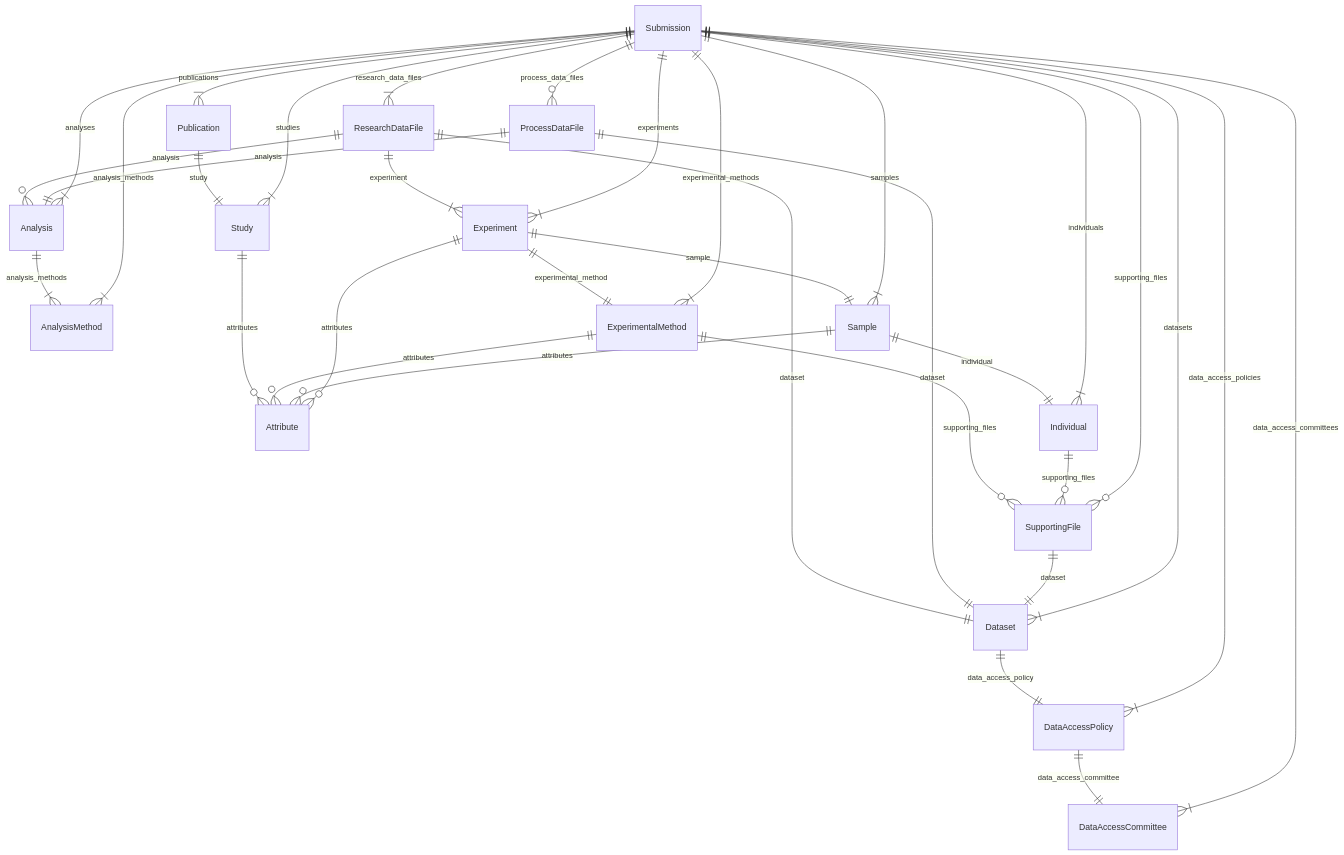
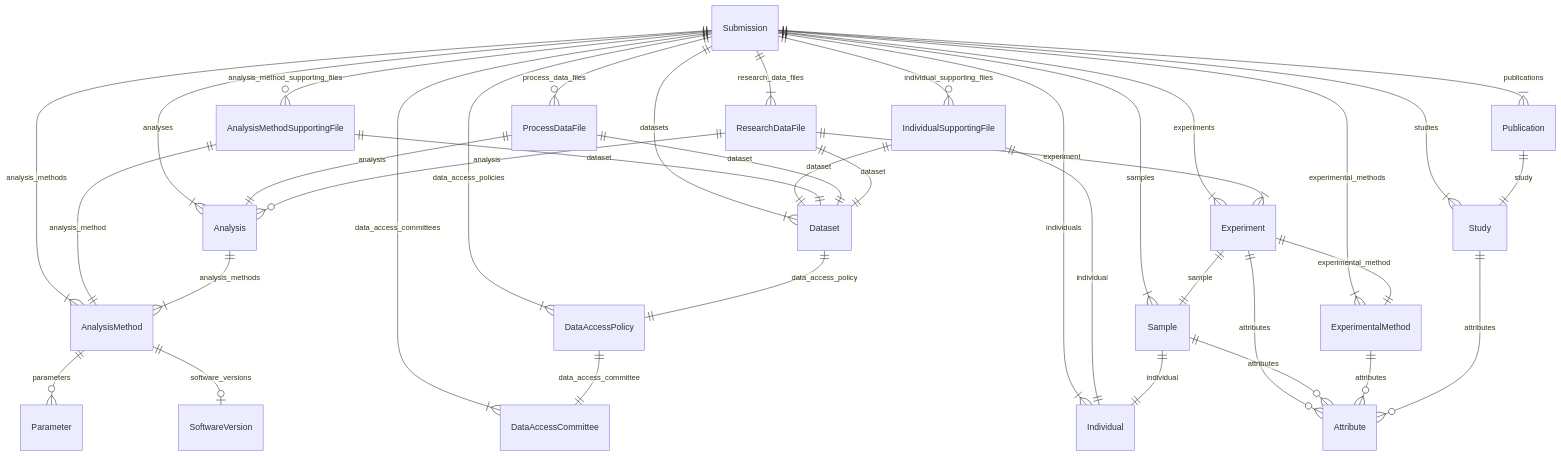
The first of 5 diagrams in docs/entity_relations.md (ghga-de/ghga-metadata-schema), drawn with Mermaid before and after one commit. The commit also changed other lines of this file and 88 other files, not shown here.

```diff
--- a/docs/entity_relations.md
+++ b/docs/entity_relations.md
@@ -9,7 +9,7 @@
 Submission {
 
 }
-SupportingFile {
+IndividualSupportingFile {
 
 }
 Dataset {
@@ -21,13 +21,25 @@
 DataAccessCommittee {
 
 }
+Individual {
+
+}
+AnalysisMethodSupportingFile {
+
+}
+AnalysisMethod {
+
+}
+SoftwareVersion {
+
+}
+Parameter {
+
+}
 ProcessDataFile {
 
 }
 Analysis {
-
-}
-AnalysisMethod {
 
 }
 ResearchDataFile {
@@ -40,9 +52,6 @@
 
 }
 Sample {
-
-}
-Individual {
 
 }
 ExperimentalMethod {
@@ -68,10 +77,16 @@
 Submission ||--}| Study : "studies"
 Submission ||--}| ResearchDataFile : "research_data_files"
 Submission ||--}o ProcessDataFile : "process_data_files"
-Submission ||--}o SupportingFile : "supporting_files"
-SupportingFile ||--|| Dataset : "dataset"
+Submission ||--}o AnalysisMethodSupportingFile : "analysis_method_supporting_files"
+Submission ||--}o IndividualSupportingFile : "individual_supporting_files"
+IndividualSupportingFile ||--|| Individual : "individual"
+IndividualSupportingFile ||--|| Dataset : "dataset"
 Dataset ||--|| DataAccessPolicy : "data_access_policy"
 DataAccessPolicy ||--|| DataAccessCommittee : "data_access_committee"
+AnalysisMethodSupportingFile ||--|| AnalysisMethod : "analysis_method"
+AnalysisMethodSupportingFile ||--|| Dataset : "dataset"
+AnalysisMethod ||--}o Parameter : "parameters"
+AnalysisMethod ||--|o SoftwareVersion : "software_versions"
 ProcessDataFile ||--|| Analysis : "analysis"
 ProcessDataFile ||--|| Dataset : "dataset"
 Analysis ||--}| AnalysisMethod : "analysis_methods"
@@ -83,9 +98,7 @@
 Experiment ||--}o Attribute : "attributes"
 Sample ||--|| Individual : "individual"
 Sample ||--}o Attribute : "attributes"
-Individual ||--}o SupportingFile : "supporting_files"
 ExperimentalMethod ||--}o Attribute : "attributes"
-ExperimentalMethod ||--}o SupportingFile : "supporting_files"
 Study ||--}o Attribute : "attributes"
 Publication ||--|| Study : "study"
 
```
